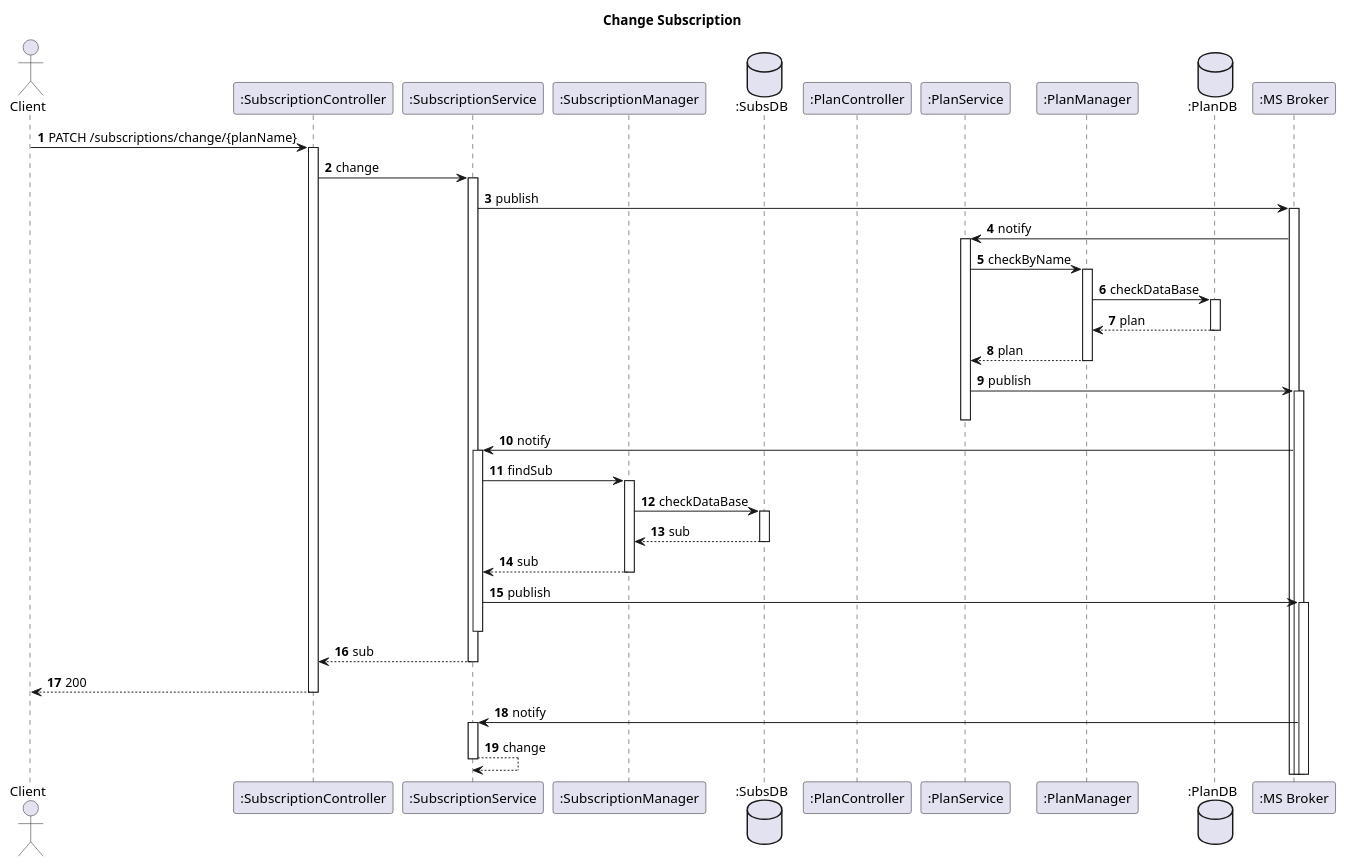
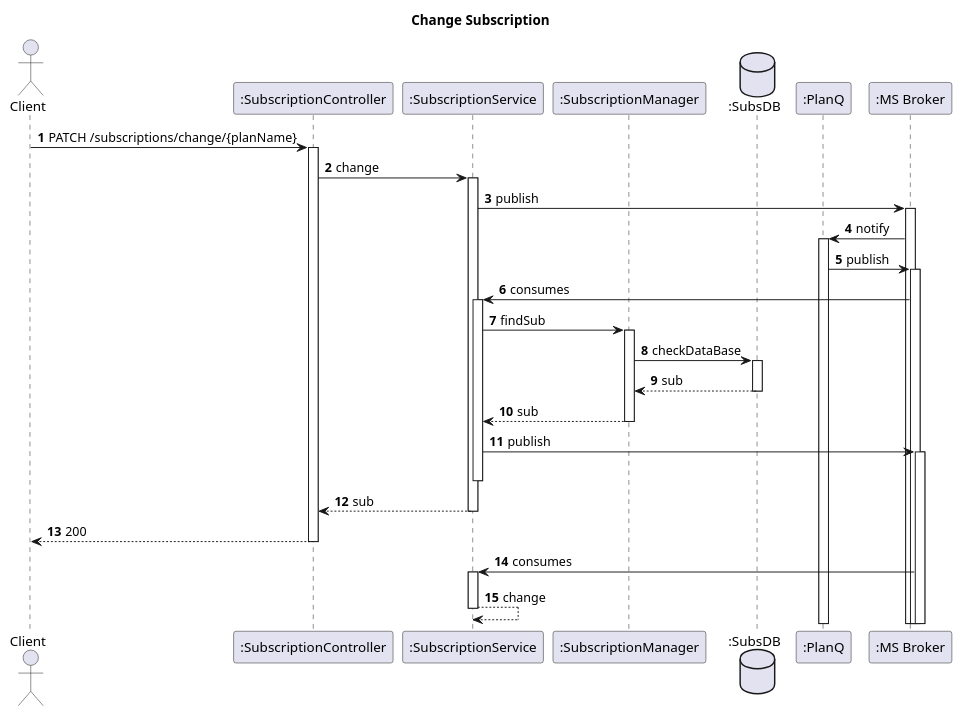
The diagram in docs_sidis/Segunda_Avalição/Subs/Vista Logica/N3/ChangeSubs.puml (IsepMartimOliveira/SIDIS), drawn with PlantUML before and after one commit. The commit also changed 23 other files, not shown here.

```diff
--- a/docs_sidis/Segunda_Avalição/Subs/Vista Logica/N3/ChangeSubs.puml
+++ b/docs_sidis/Segunda_Avalição/Subs/Vista Logica/N3/ChangeSubs.puml
@@ -1,43 +1,36 @@
 @startuml
 'https://plantuml.com/sequence-diagram
 autoactivate on
 autonumber
 title  Change Subscription
 
 autonumber
 
 actor "Client" as Ac
 participant ":SubscriptionController" as Auth
 participant ":SubscriptionService" as SService
 participant ":SubscriptionManager" as UManager
 database ":SubsDB" as SDB
-participant ":PlanController" as Plan
-participant ":PlanService" as PService
-participant ":PlanManager" as PManager
-database ":PlanDB" as PDB
+participant ":PlanQ" as Plan
 participant ":MS Broker" as Broker
 
 Ac->Auth: PATCH /subscriptions/change/{planName}
 Auth->SService: change
 SService->Broker: publish
-Broker->PService: notify
-PService-> PManager: checkByName
-PManager-> PDB: checkDataBase
-PDB-->PManager:plan
-PManager-->PService:plan
-PService->Broker: publish
-deactivate PService
-Broker->SService:notify
+Broker->Plan: notify
+
+Plan->Broker: publish
+Broker->SService:consumes
 SService->UManager: findSub
 UManager->SDB: checkDataBase
 SDB-->UManager:sub
 UManager --> SService:sub
 SService->Broker: publish
 deactivate SService
 SService -->Auth:sub
 Auth --> Ac : 200
-Broker-> SService: notify
+Broker-> SService: consumes
 SService --> SService: change
 
 
 @enduml
```
